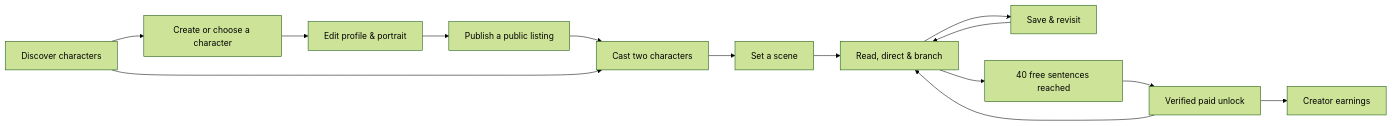
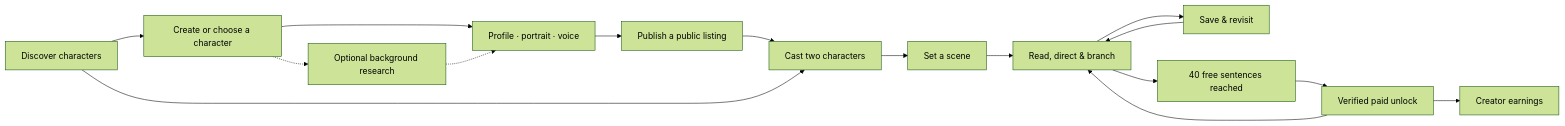
One commit to Roxyh-code/Echoloom_marketplace changed the first of 5 diagrams in README.md. Above: the diagram before and after it, drawn with Mermaid (forest theme). The commit also changed other lines of this file and 4 other files, not shown here.

Commit message:
docs: describe Firecrawl research and ElevenLabs voice workflows

````diff
--- a/README.md
+++ b/README.md
@@ -55,16 +57,18 @@
 ```mermaid
 flowchart LR
     A["Discover characters"] --> B["Create or choose a character"]
-    B --> C["Edit profile & portrait"]
+    B --> C["Profile · portrait · voice"]
+    B -.-> R["Optional background research"]
+    R -.-> C
     C --> D["Publish a public listing"]
     D --> E["Cast two characters"]
     A --> E
     E --> F["Set a scene"]
     F --> G["Read, direct & branch"]
     G --> H["Save & revisit"]
     H --> G
     G --> I["40 free sentences reached"]
     I --> J["Verified paid unlock"]
     J --> G
     J --> K["Creator earnings"]
 ```
````
